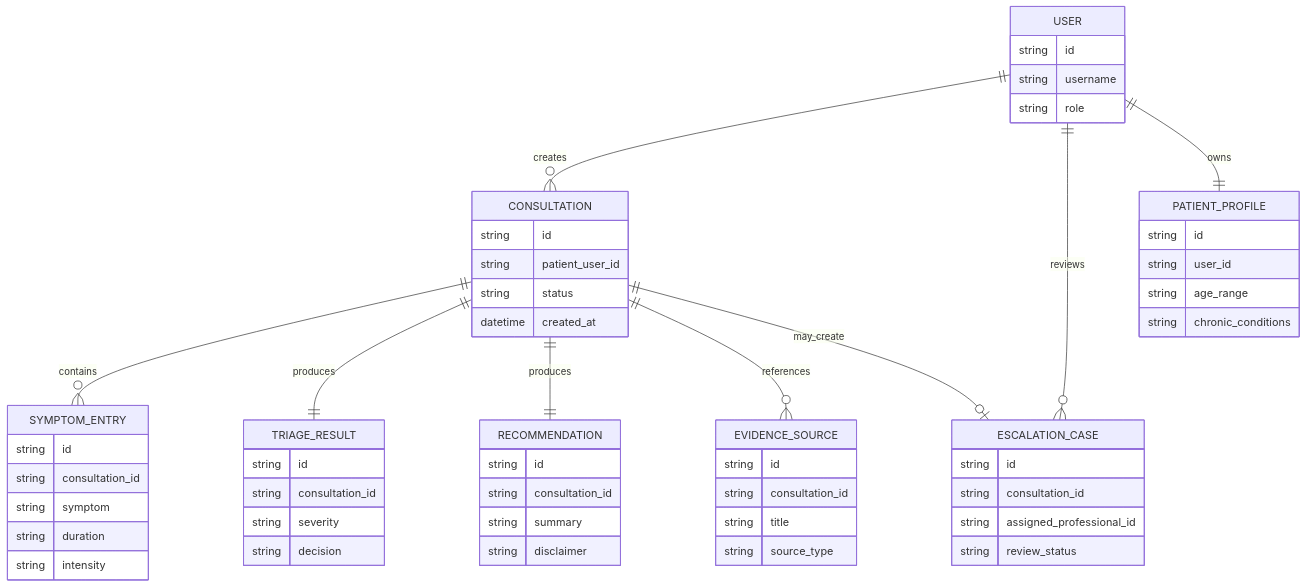
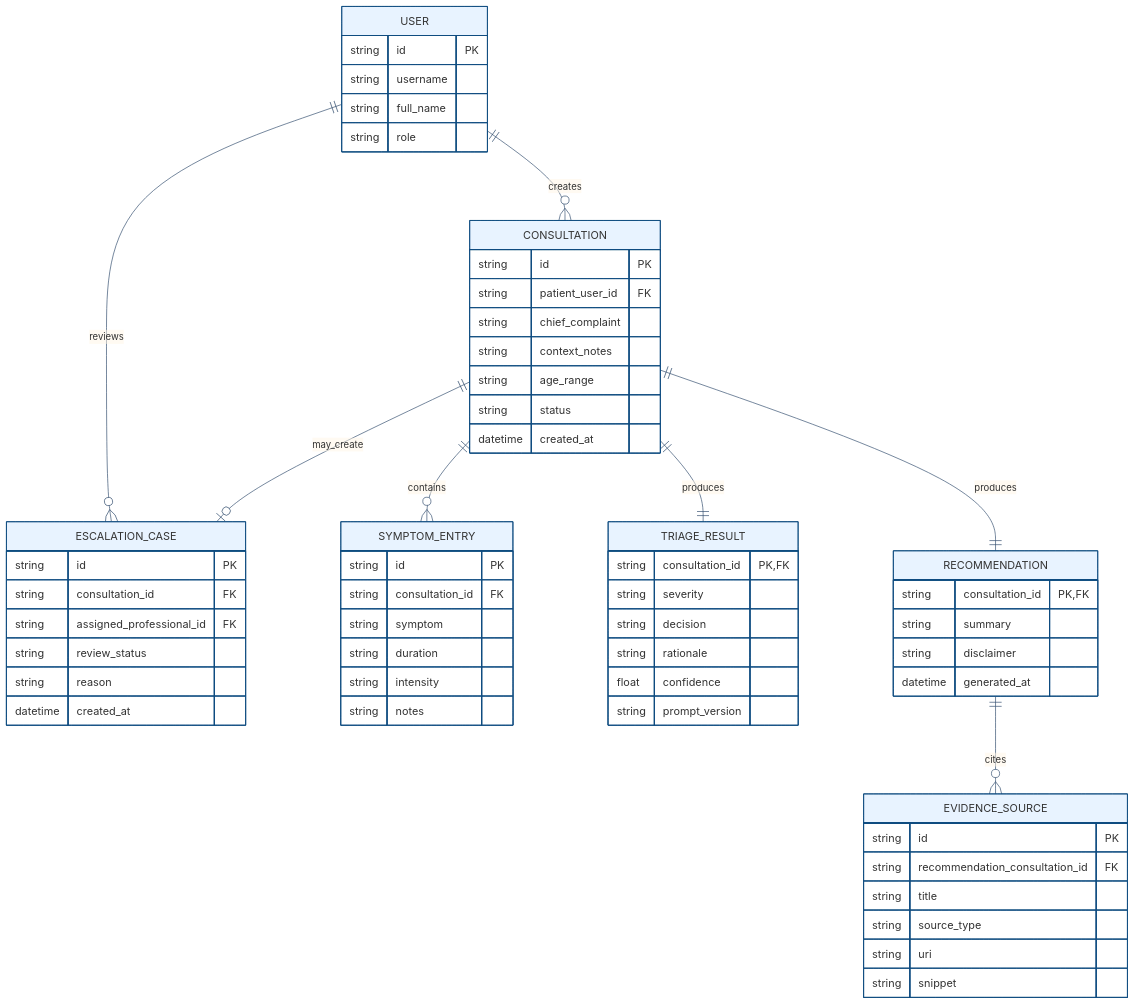
One commit to JesusJC15/proyecto-arep changed the diagram in docs/architecture/07-data-model.mmd. Above: the diagram before and after it, drawn with Mermaid. The commit also changed 18 other files, not shown here.

```diff
--- a/docs/architecture/07-data-model.mmd
+++ b/docs/architecture/07-data-model.mmd
@@ -1,58 +1,63 @@
+%%{init: {"theme": "base", "themeVariables": {"fontFamily": "Inter, Segoe UI, sans-serif", "primaryColor": "#E8F3FF", "primaryBorderColor": "#0F4C81", "lineColor": "#355070", "secondaryColor": "#EAFBF2", "tertiaryColor": "#FFF5E6"}}}%%
 erDiagram
     USER ||--o{ CONSULTATION : creates
     USER ||--o{ ESCALATION_CASE : reviews
-    USER ||--|| PATIENT_PROFILE : owns
     CONSULTATION ||--o{ SYMPTOM_ENTRY : contains
     CONSULTATION ||--|| TRIAGE_RESULT : produces
     CONSULTATION ||--|| RECOMMENDATION : produces
-    CONSULTATION ||--o{ EVIDENCE_SOURCE : references
+    RECOMMENDATION ||--o{ EVIDENCE_SOURCE : cites
     CONSULTATION ||--o| ESCALATION_CASE : may_create
 
     USER {
-      string id
+      string id PK
       string username
+      string full_name
       string role
     }
-    PATIENT_PROFILE {
-      string id
-      string user_id
+    CONSULTATION {
+      string id PK
+      string patient_user_id FK
+      string chief_complaint
+      string context_notes
       string age_range
-      string chronic_conditions
-    }
-    CONSULTATION {
-      string id
-      string patient_user_id
       string status
       datetime created_at
     }
     SYMPTOM_ENTRY {
-      string id
-      string consultation_id
+      string id PK
+      string consultation_id FK
       string symptom
       string duration
       string intensity
+      string notes
     }
     TRIAGE_RESULT {
-      string id
-      string consultation_id
+      string consultation_id PK,FK
       string severity
       string decision
+      string rationale
+      float confidence
+      string prompt_version
     }
     RECOMMENDATION {
-      string id
-      string consultation_id
+      string consultation_id PK,FK
       string summary
       string disclaimer
+      datetime generated_at
     }
     EVIDENCE_SOURCE {
-      string id
-      string consultation_id
+      string id PK
+      string recommendation_consultation_id FK
       string title
       string source_type
+      string uri
+      string snippet
     }
     ESCALATION_CASE {
-      string id
-      string consultation_id
-      string assigned_professional_id
+      string id PK
+      string consultation_id FK
+      string assigned_professional_id FK
       string review_status
+      string reason
+      datetime created_at
     }
```
